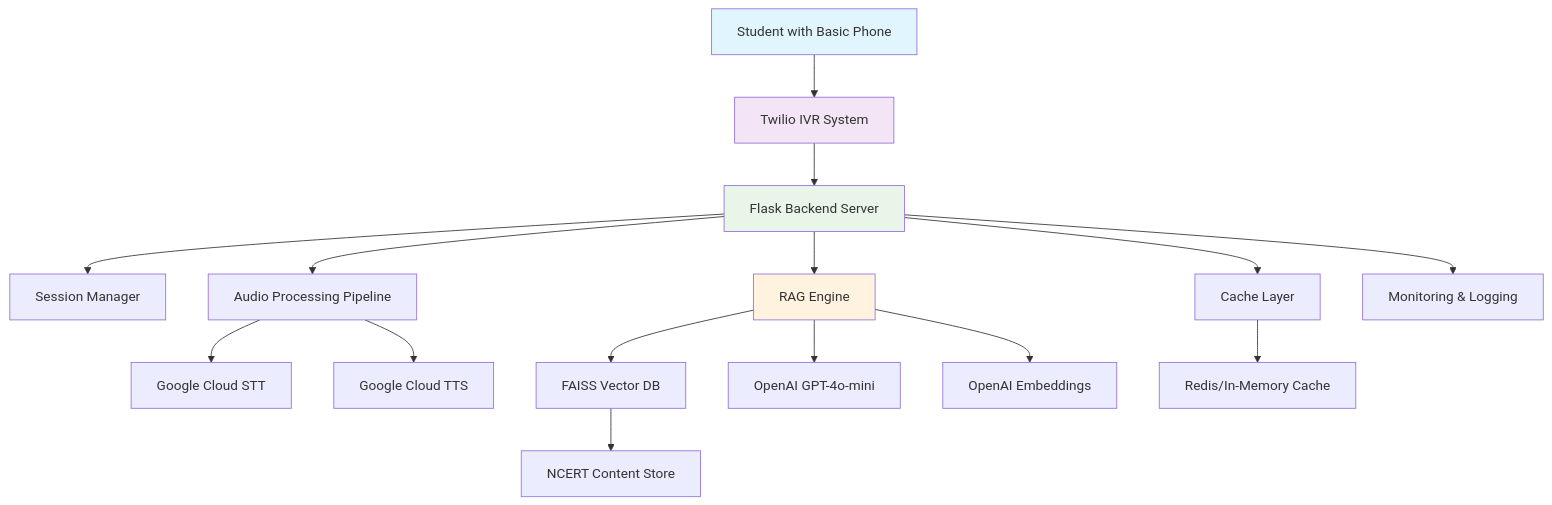
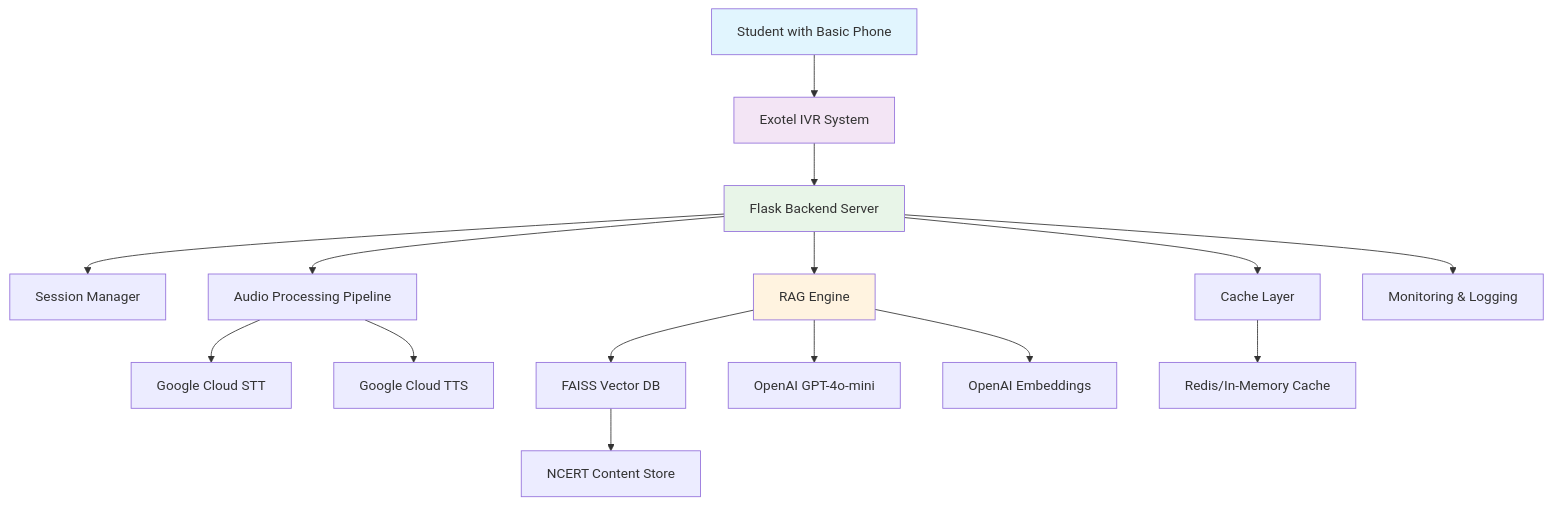
The diagram in .kiro/specs/ai-ivr-learning-system/design.md (Venkat-Kolasani/VidyaVani), drawn with Mermaid before and after one commit. The commit also changed other lines of this file and 2 other files, not shown here.

Commit message:
Update docs to reflect exotel IVR

````diff
--- a/.kiro/specs/ai-ivr-learning-system/design.md
+++ b/.kiro/specs/ai-ivr-learning-system/design.md
@@ -35,28 +35,28 @@
 ```mermaid
 graph TB
-    A[Student with Basic Phone] --> B[Twilio IVR System]
+    A[Student with Basic Phone] --> B[Exotel IVR System]
     B --> C[Flask Backend Server]
     
     C --> D[Session Manager]
     C --> E[Audio Processing Pipeline]
     C --> F[RAG Engine]
     C --> G[Cache Layer]
     
     E --> H[Google Cloud STT]
     E --> I[Google Cloud TTS]
     
     F --> J[FAISS Vector DB]
     F --> K[OpenAI GPT-4o-mini]
     F --> L[OpenAI Embeddings]
     
     J --> M[NCERT Content Store]
     
     G --> N[Redis/In-Memory Cache]
     
     C --> O[Monitoring & Logging]
     
     style A fill:#e1f5fe
     style B fill:#f3e5f5
     style C fill:#e8f5e8
     style F fill:#fff3e0
 ```
````
